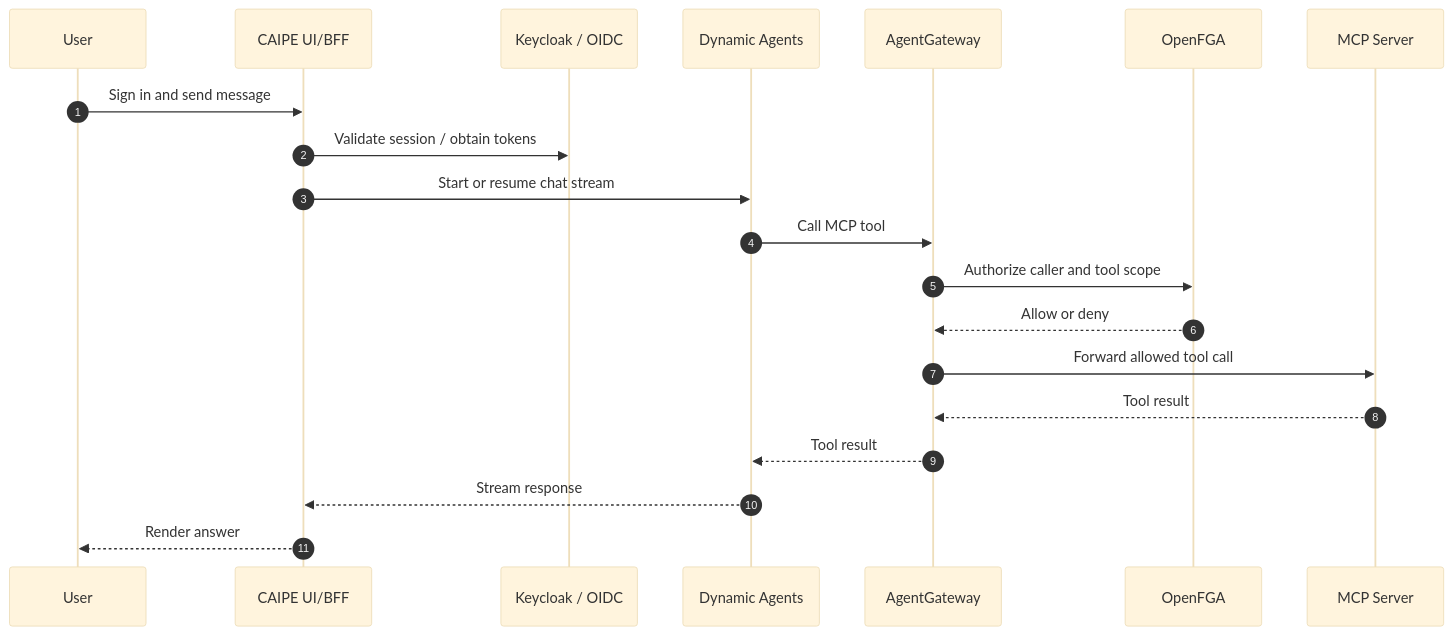
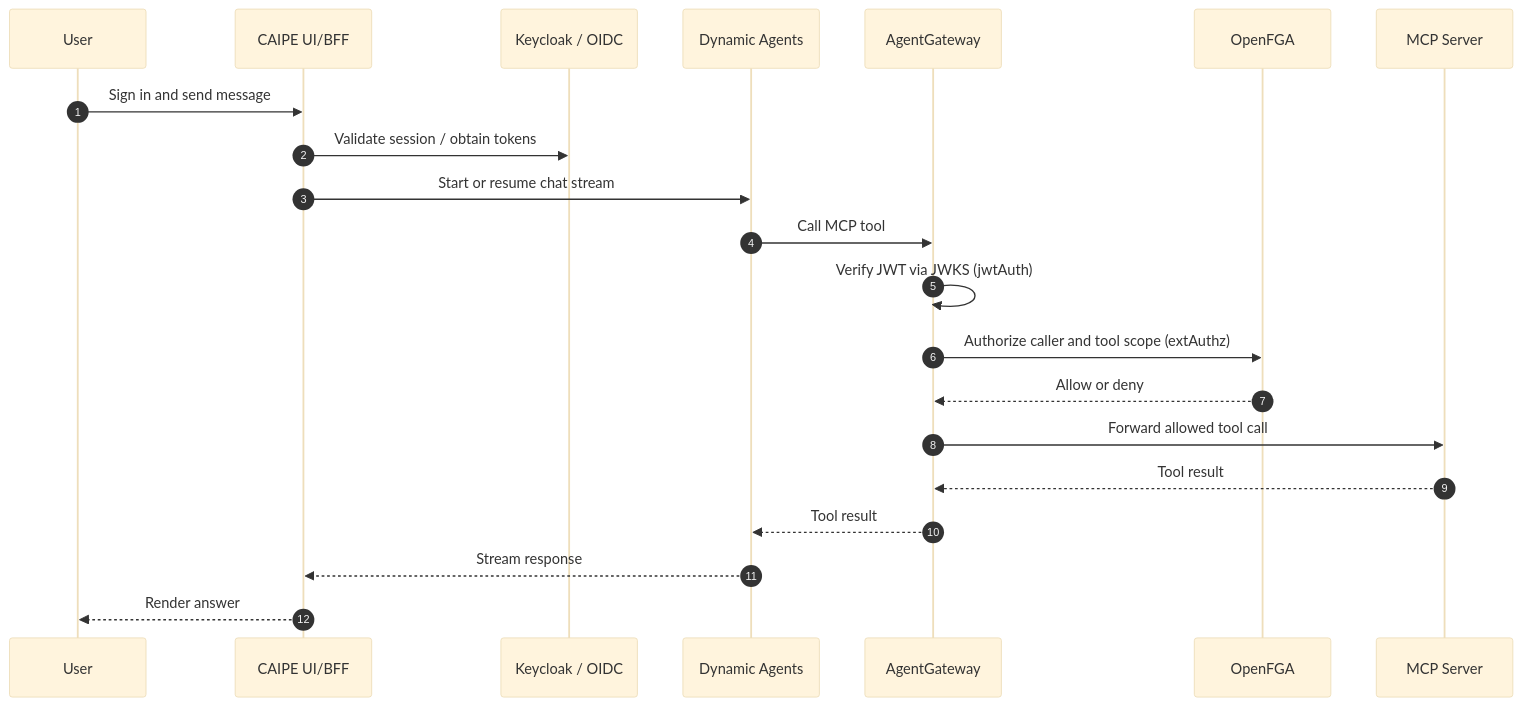
Before and after one commit to cnoe-io/ai-platform-engineering: the diagram in docs/docs/security/index.md, drawn with Mermaid (base theme). The commit also changed other lines of this file and 5 other files, not shown here.

First line of the commit message:
docs(security): consolidate auth flow index and refresh diagrams

````diff
--- a/docs/docs/security/index.md
+++ b/docs/docs/security/index.md
@@ -8,23 +10,24 @@
 ```mermaid
 sequenceDiagram
     autonumber
     participant U as User
     participant UI as CAIPE UI/BFF
     participant IDP as Keycloak / OIDC
     participant DA as Dynamic Agents
     participant AG as AgentGateway
     participant FGA as OpenFGA
     participant MCP as MCP Server
 
     U->>UI: Sign in and send message
     UI->>IDP: Validate session / obtain tokens
     UI->>DA: Start or resume chat stream
     DA->>AG: Call MCP tool
-    AG->>FGA: Authorize caller and tool scope
+    AG->>AG: Verify JWT via JWKS (jwtAuth)
+    AG->>FGA: Authorize caller and tool scope (extAuthz)
     FGA-->>AG: Allow or deny
     AG->>MCP: Forward allowed tool call
     MCP-->>AG: Tool result
     AG-->>DA: Tool result
     DA-->>UI: Stream response
     UI-->>U: Render answer
 ```
````
